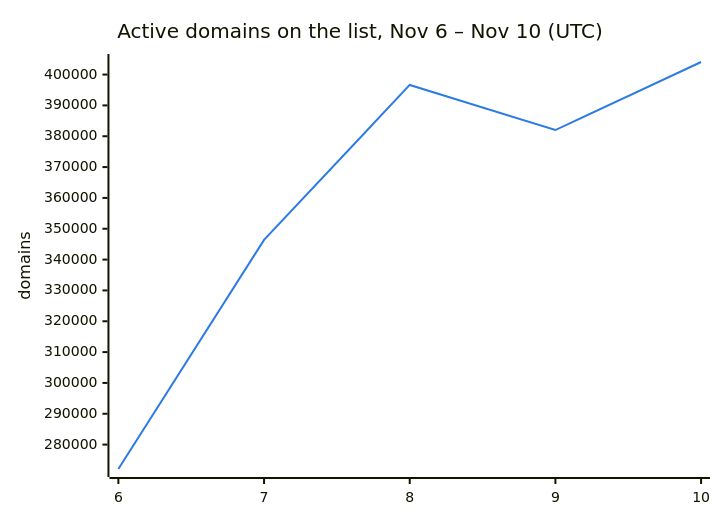
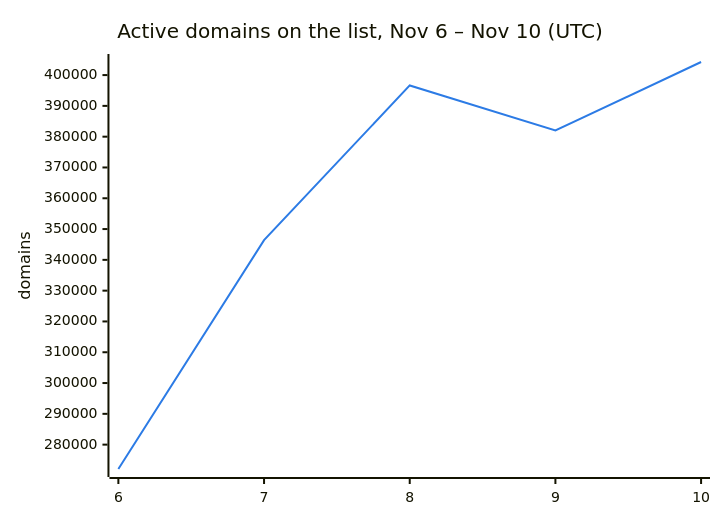
Before and after one commit to DNSBunker/CTI: the second of 3 diagrams in README.md, drawn with Mermaid. The commit also changed other lines of this file and 3 other files, not shown here.

````diff
--- a/README.md
+++ b/README.md
@@ -38,8 +38,8 @@
 ```mermaid
 %%{init: {"themeVariables": {"xyChart": {"plotColorPalette": "#2c7be5"}}}}%%
 xychart-beta
     title "Active domains on the list, Nov 6 – Nov 10 (UTC)"
     x-axis ["6", "7", "8", "9", "10"]
     y-axis "domains"
-    line [272088, 346388, 396638, 382009, 404077]
+    line [272088, 346388, 396638, 382009, 404247]
 ```
````
